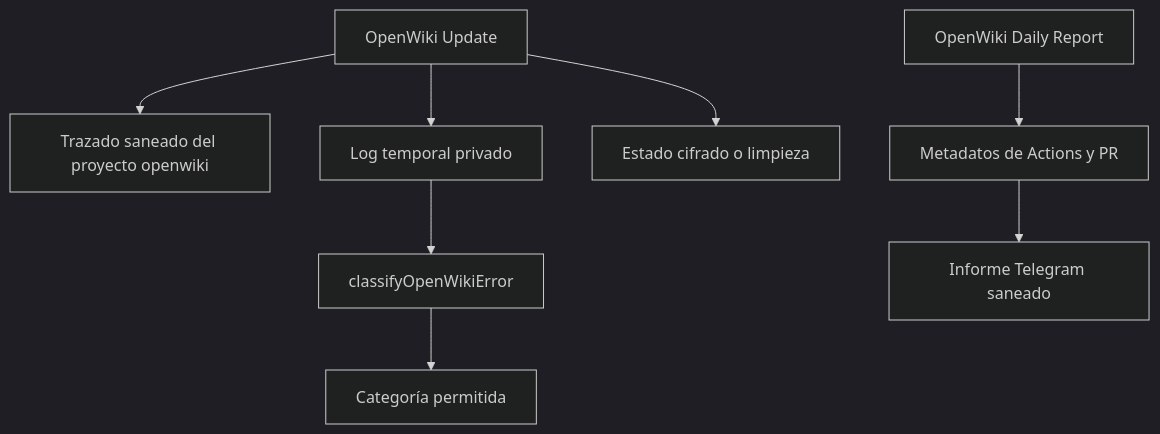
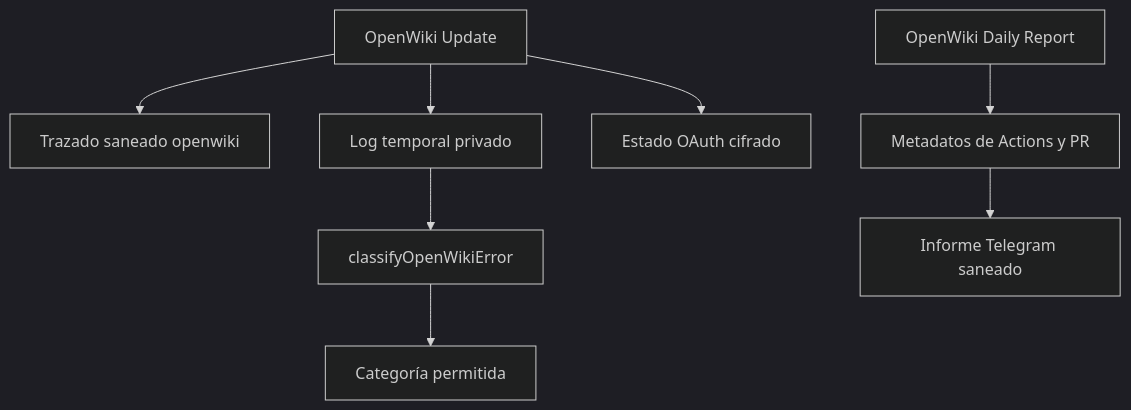
The diagram in openwiki/operations/runtime-behavior.md (maximofn/gymnasia), drawn with Mermaid (dark theme) before and after one commit. The commit also changed other lines of this file and 52 other files, not shown here.

Commit message:
docs: update OpenWiki

````diff
--- a/openwiki/operations/runtime-behavior.md
+++ b/openwiki/operations/runtime-behavior.md
@@ -35,10 +43,10 @@
 ```mermaid
 flowchart TD
-    Update["OpenWiki Update"] --> Trace["Trazado saneado del proyecto openwiki"]
+    Update["OpenWiki Update"] --> Trace["Trazado saneado openwiki"]
     Update --> Log["Log temporal privado"]
     Log --> Classifier["classifyOpenWikiError"]
     Classifier --> Category["Categoría permitida"]
-    Update --> State["Estado cifrado o limpieza"]
+    Update --> Encrypted["Estado OAuth cifrado"]
     Report["OpenWiki Daily Report"] --> Metadata["Metadatos de Actions y PR"]
     Metadata --> Daily["Informe Telegram saneado"]
 ```
````
